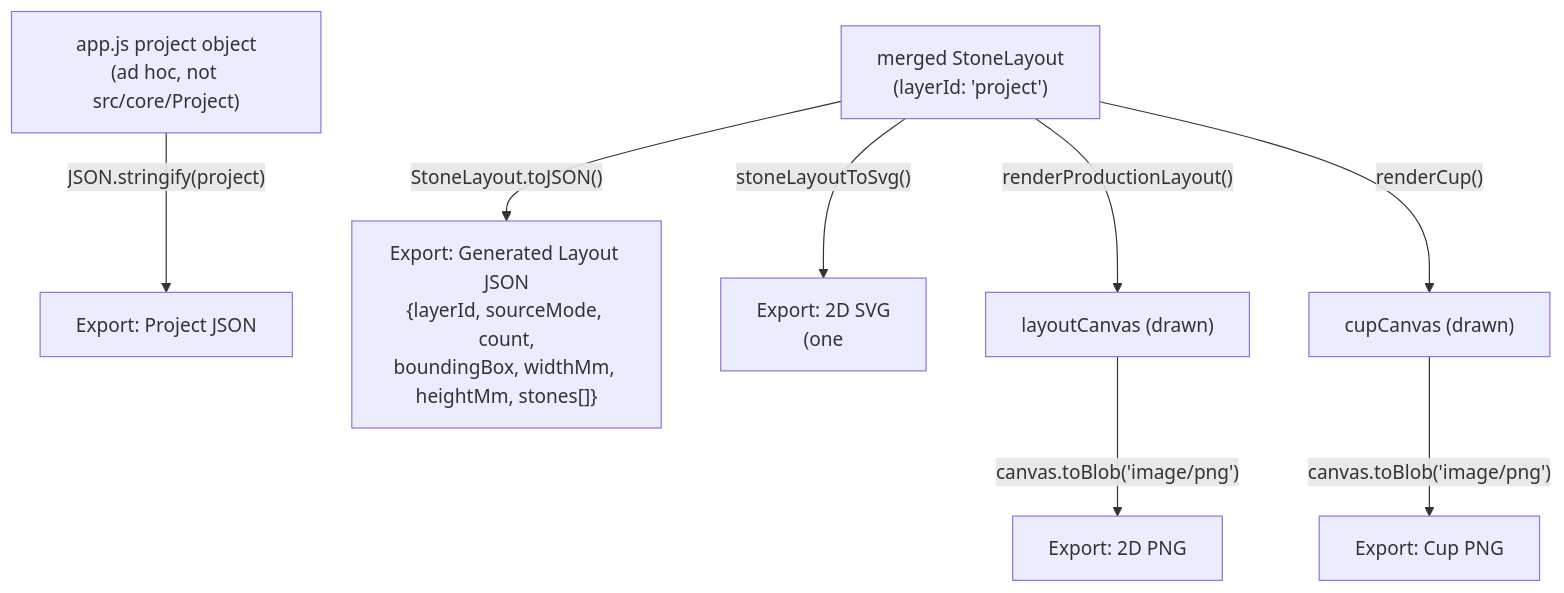
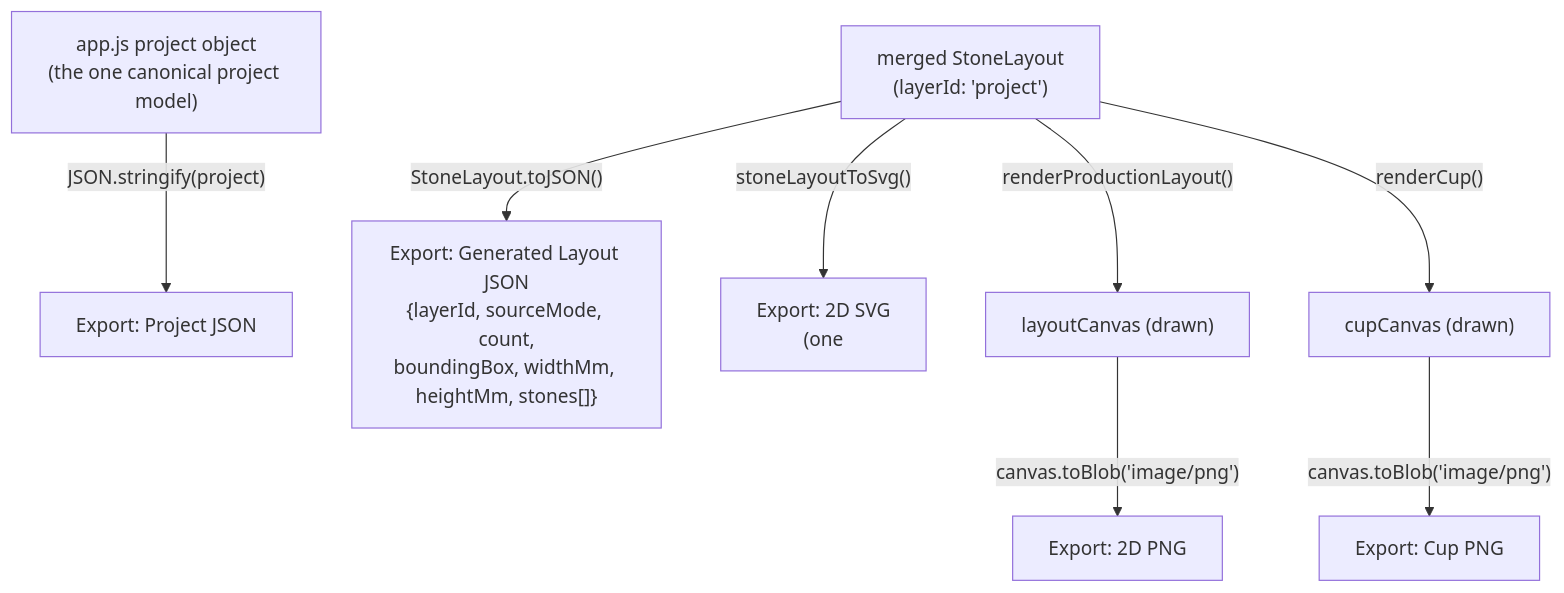
Before and after one commit to alexdruk/Rhinestone-Studio: the sixth of 6 diagrams in docs/ARCHITECTURE.md, drawn with Mermaid. The commit also changed other lines of this file and 37 other files, not shown here.

First line of the commit message:
refactor(core): RS-2006 Project Model Consolidation

````diff
--- a/docs/ARCHITECTURE.md
+++ b/docs/ARCHITECTURE.md
@@ -892,13 +889,13 @@
 ```mermaid
 flowchart TD
     MergedSL["merged StoneLayout\n(layerId: 'project')"]
-    ProjectObj["app.js project object\n(ad hoc, not src/core/Project)"]
+    ProjectObj["app.js project object\n(the one canonical project model)"]
 
     MergedSL -->|"StoneLayout.toJSON()"| LayoutJSON["Export: Generated Layout JSON\n{layerId, sourceMode, count,\nboundingBox, widthMm, heightMm, stones[]}"]
     ProjectObj -->|"JSON.stringify(project)"| ProjectJSON["Export: Project JSON"]
     MergedSL -->|"stoneLayoutToSvg()"| SVGOut["Export: 2D SVG\n(one <circle> per stone)"]
     MergedSL -->|"renderProductionLayout()"| LayoutCanvas["layoutCanvas (drawn)"]
     LayoutCanvas -->|"canvas.toBlob('image/png')"| PNG2D["Export: 2D PNG"]
     MergedSL -->|"renderCup()"| CupCanvasEl["cupCanvas (drawn)"]
     CupCanvasEl -->|"canvas.toBlob('image/png')"| PNGCup["Export: Cup PNG"]
 ```
````
